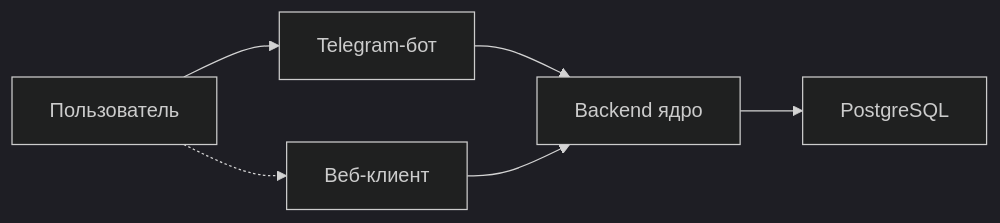
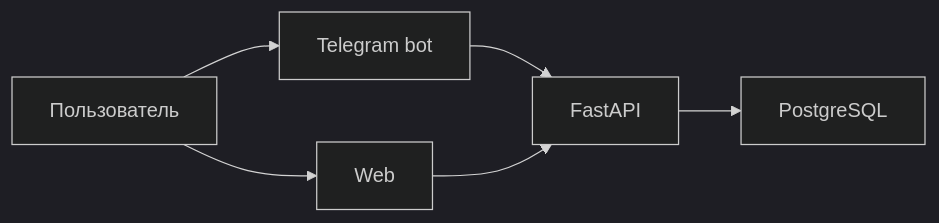
Before and after one commit to zatulik2606/diaai: the diagram in README.md, drawn with Mermaid (dark theme). The commit also changed other lines of this file and 41 other files, not shown here.

````diff
--- a/README.md
+++ b/README.md
@@ -13,14 +13,14 @@
 ```mermaid
 flowchart LR
     User["Пользователь"]
-    Bot["Telegram-бот"]
-    Web["Веб-клиент"]
-    Backend["Backend ядро"]
+    Bot["Telegram bot"]
+    Web["Web"]
+    Backend["FastAPI"]
     DB["PostgreSQL"]
 
     User --> Bot
-    User -.-> Web
+    User --> Web
     Bot --> Backend
     Web --> Backend
     Backend --> DB
 ```
````
